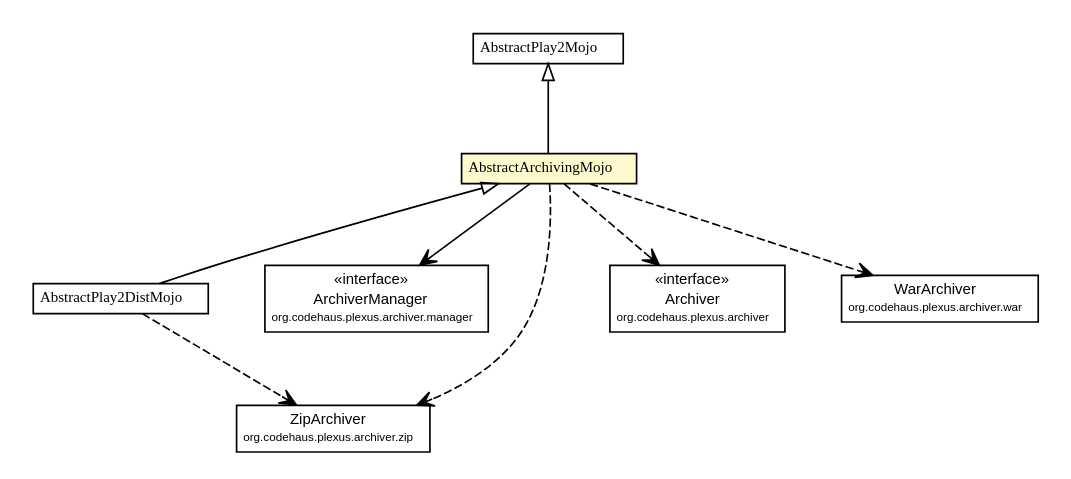
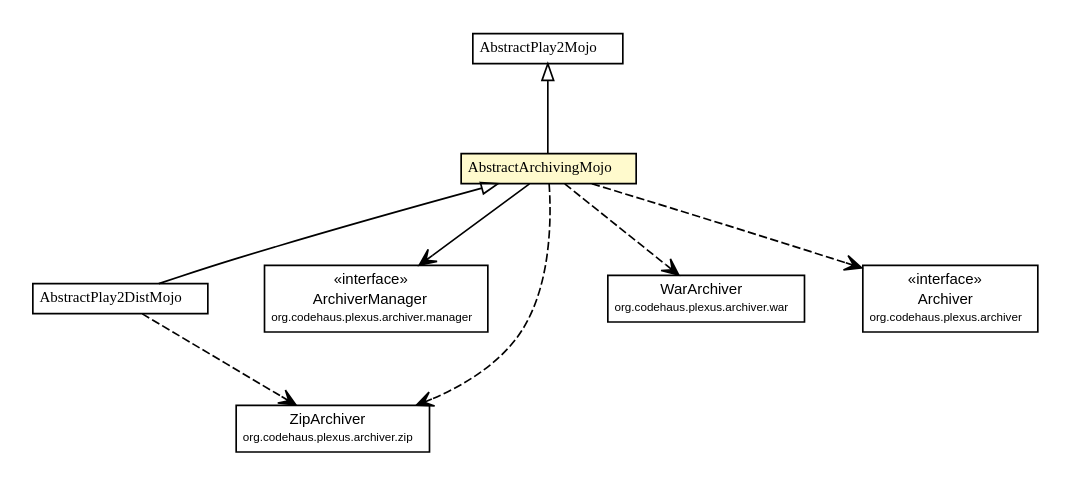
Before and after one commit to wouterhardeman/play2-maven-plugin: the diagram in mavensite/1.0.0-beta1-SNAPSHOT/play2-maven-plugin/apidocs/com/google/code/play2/plugin/AbstractArchivingMojo.dot, drawn with Graphviz. The commit also changed 139 other files, not shown here.

```diff
--- a/mavensite/1.0.0-beta1-SNAPSHOT/play2-maven-plugin/apidocs/com/google/code/play2/plugin/AbstractArchivingMojo.dot
+++ b/mavensite/1.0.0-beta1-SNAPSHOT/play2-maven-plugin/apidocs/com/google/code/play2/plugin/AbstractArchivingMojo.dot
@@ -1,74 +1,74 @@
 #!/usr/local/bin/dot
 #
 # Class diagram 
 # Generated by UMLGraph version R5_6-24-gf6e263 (http://www.umlgraph.org/)
 #
 
 digraph G {
 	edge [fontname="arial",fontsize=10,labelfontname="arial",labelfontsize=10];
 	node [fontname="arial",fontsize=10,shape=plaintext];
 	nodesep=0.25;
 	ranksep=0.5;
 	// com.google.code.play2.plugin.AbstractPlay2Mojo
 	c231 [label=<<table title="com.google.code.play2.plugin.AbstractPlay2Mojo" border="0" cellborder="1" cellspacing="0" cellpadding="2" port="p" href="./AbstractPlay2Mojo.html">
 		<tr><td><table border="0" cellspacing="0" cellpadding="1">
 <tr><td align="center" balign="center"><font face="arial italic"> AbstractPlay2Mojo </font></td></tr>
 		</table></td></tr>
 		</table>>, URL="./AbstractPlay2Mojo.html", fontname="arial", fontcolor="black", fontsize=9.0];
 	// com.google.code.play2.plugin.AbstractPlay2DistMojo
 	c233 [label=<<table title="com.google.code.play2.plugin.AbstractPlay2DistMojo" border="0" cellborder="1" cellspacing="0" cellpadding="2" port="p" href="./AbstractPlay2DistMojo.html">
 		<tr><td><table border="0" cellspacing="0" cellpadding="1">
 <tr><td align="center" balign="center"><font face="arial italic"> AbstractPlay2DistMojo </font></td></tr>
 		</table></td></tr>
 		</table>>, URL="./AbstractPlay2DistMojo.html", fontname="arial", fontcolor="black", fontsize=9.0];
 	// com.google.code.play2.plugin.AbstractArchivingMojo
 	c236 [label=<<table title="com.google.code.play2.plugin.AbstractArchivingMojo" border="0" cellborder="1" cellspacing="0" cellpadding="2" port="p" bgcolor="lemonChiffon" href="./AbstractArchivingMojo.html">
 		<tr><td><table border="0" cellspacing="0" cellpadding="1">
 <tr><td align="center" balign="center"><font face="arial italic"> AbstractArchivingMojo </font></td></tr>
 		</table></td></tr>
 		</table>>, URL="./AbstractArchivingMojo.html", fontname="arial", fontcolor="black", fontsize=9.0];
 	//com.google.code.play2.plugin.AbstractPlay2DistMojo extends com.google.code.play2.plugin.AbstractArchivingMojo
 	c236:p -> c233:p [dir=back,arrowtail=empty];
 	//com.google.code.play2.plugin.AbstractArchivingMojo extends com.google.code.play2.plugin.AbstractPlay2Mojo
 	c231:p -> c236:p [dir=back,arrowtail=empty];
 	// com.google.code.play2.plugin.AbstractArchivingMojo NAVASSOC org.codehaus.plexus.archiver.manager.ArchiverManager
 	c236:p -> c241:p [taillabel="", label="", headlabel="", fontname="arial", fontcolor="black", fontsize=10.0, color="black", arrowhead=open];
 	// com.google.code.play2.plugin.AbstractPlay2DistMojo DEPEND org.codehaus.plexus.archiver.zip.ZipArchiver
 	c233:p -> c243:p [taillabel="", label="", headlabel="", fontname="arial", fontcolor="black", fontsize=10.0, color="black", arrowhead=open, style=dashed];
-	// com.google.code.play2.plugin.AbstractArchivingMojo DEPEND org.codehaus.plexus.archiver.Archiver
-	c236:p -> c245:p [taillabel="", label="", headlabel="", fontname="arial", fontcolor="black", fontsize=10.0, color="black", arrowhead=open, style=dashed];
 	// com.google.code.play2.plugin.AbstractArchivingMojo DEPEND org.codehaus.plexus.archiver.war.WarArchiver
-	c236:p -> c249:p [taillabel="", label="", headlabel="", fontname="arial", fontcolor="black", fontsize=10.0, color="black", arrowhead=open, style=dashed];
+	c236:p -> c247:p [taillabel="", label="", headlabel="", fontname="arial", fontcolor="black", fontsize=10.0, color="black", arrowhead=open, style=dashed];
 	// com.google.code.play2.plugin.AbstractArchivingMojo DEPEND org.codehaus.plexus.archiver.zip.ZipArchiver
 	c236:p -> c243:p [taillabel="", label="", headlabel="", fontname="arial", fontcolor="black", fontsize=10.0, color="black", arrowhead=open, style=dashed];
+	// com.google.code.play2.plugin.AbstractArchivingMojo DEPEND org.codehaus.plexus.archiver.Archiver
+	c236:p -> c249:p [taillabel="", label="", headlabel="", fontname="arial", fontcolor="black", fontsize=10.0, color="black", arrowhead=open, style=dashed];
 	// org.codehaus.plexus.archiver.manager.ArchiverManager
 	c241 [label=<<table title="org.codehaus.plexus.archiver.manager.ArchiverManager" border="0" cellborder="1" cellspacing="0" cellpadding="2" port="p" href="http://maven-play-plugin.googlecode.com/svn/apidocs/org/codehaus/plexus/plexus-archiver/3.0/org/codehaus/plexus/archiver/manager/ArchiverManager.html">
 		<tr><td><table border="0" cellspacing="0" cellpadding="1">
 <tr><td align="center" balign="center"> &#171;interface&#187; </td></tr>
 <tr><td align="center" balign="center"> ArchiverManager </td></tr>
 <tr><td align="center" balign="center"><font point-size="7.0"> org.codehaus.plexus.archiver.manager </font></td></tr>
 		</table></td></tr>
 		</table>>, URL="http://maven-play-plugin.googlecode.com/svn/apidocs/org/codehaus/plexus/plexus-archiver/3.0/org/codehaus/plexus/archiver/manager/ArchiverManager.html", fontname="arial", fontcolor="black", fontsize=9.0];
 	// org.codehaus.plexus.archiver.war.WarArchiver
-	c249 [label=<<table title="org.codehaus.plexus.archiver.war.WarArchiver" border="0" cellborder="1" cellspacing="0" cellpadding="2" port="p" href="http://maven-play-plugin.googlecode.com/svn/apidocs/org/codehaus/plexus/plexus-archiver/3.0/org/codehaus/plexus/archiver/war/WarArchiver.html">
+	c247 [label=<<table title="org.codehaus.plexus.archiver.war.WarArchiver" border="0" cellborder="1" cellspacing="0" cellpadding="2" port="p" href="http://maven-play-plugin.googlecode.com/svn/apidocs/org/codehaus/plexus/plexus-archiver/3.0/org/codehaus/plexus/archiver/war/WarArchiver.html">
 		<tr><td><table border="0" cellspacing="0" cellpadding="1">
 <tr><td align="center" balign="center"> WarArchiver </td></tr>
 <tr><td align="center" balign="center"><font point-size="7.0"> org.codehaus.plexus.archiver.war </font></td></tr>
 		</table></td></tr>
 		</table>>, URL="http://maven-play-plugin.googlecode.com/svn/apidocs/org/codehaus/plexus/plexus-archiver/3.0/org/codehaus/plexus/archiver/war/WarArchiver.html", fontname="arial", fontcolor="black", fontsize=9.0];
 	// org.codehaus.plexus.archiver.Archiver
-	c245 [label=<<table title="org.codehaus.plexus.archiver.Archiver" border="0" cellborder="1" cellspacing="0" cellpadding="2" port="p" href="http://maven-play-plugin.googlecode.com/svn/apidocs/org/codehaus/plexus/plexus-archiver/3.0/org/codehaus/plexus/archiver/Archiver.html">
+	c249 [label=<<table title="org.codehaus.plexus.archiver.Archiver" border="0" cellborder="1" cellspacing="0" cellpadding="2" port="p" href="http://maven-play-plugin.googlecode.com/svn/apidocs/org/codehaus/plexus/plexus-archiver/3.0/org/codehaus/plexus/archiver/Archiver.html">
 		<tr><td><table border="0" cellspacing="0" cellpadding="1">
 <tr><td align="center" balign="center"> &#171;interface&#187; </td></tr>
 <tr><td align="center" balign="center"> Archiver </td></tr>
 <tr><td align="center" balign="center"><font point-size="7.0"> org.codehaus.plexus.archiver </font></td></tr>
 		</table></td></tr>
 		</table>>, URL="http://maven-play-plugin.googlecode.com/svn/apidocs/org/codehaus/plexus/plexus-archiver/3.0/org/codehaus/plexus/archiver/Archiver.html", fontname="arial", fontcolor="black", fontsize=9.0];
 	// org.codehaus.plexus.archiver.zip.ZipArchiver
 	c243 [label=<<table title="org.codehaus.plexus.archiver.zip.ZipArchiver" border="0" cellborder="1" cellspacing="0" cellpadding="2" port="p" href="http://maven-play-plugin.googlecode.com/svn/apidocs/org/codehaus/plexus/plexus-archiver/3.0/org/codehaus/plexus/archiver/zip/ZipArchiver.html">
 		<tr><td><table border="0" cellspacing="0" cellpadding="1">
 <tr><td align="center" balign="center"> ZipArchiver </td></tr>
 <tr><td align="center" balign="center"><font point-size="7.0"> org.codehaus.plexus.archiver.zip </font></td></tr>
 		</table></td></tr>
 		</table>>, URL="http://maven-play-plugin.googlecode.com/svn/apidocs/org/codehaus/plexus/plexus-archiver/3.0/org/codehaus/plexus/archiver/zip/ZipArchiver.html", fontname="arial", fontcolor="black", fontsize=9.0];
 }
```
